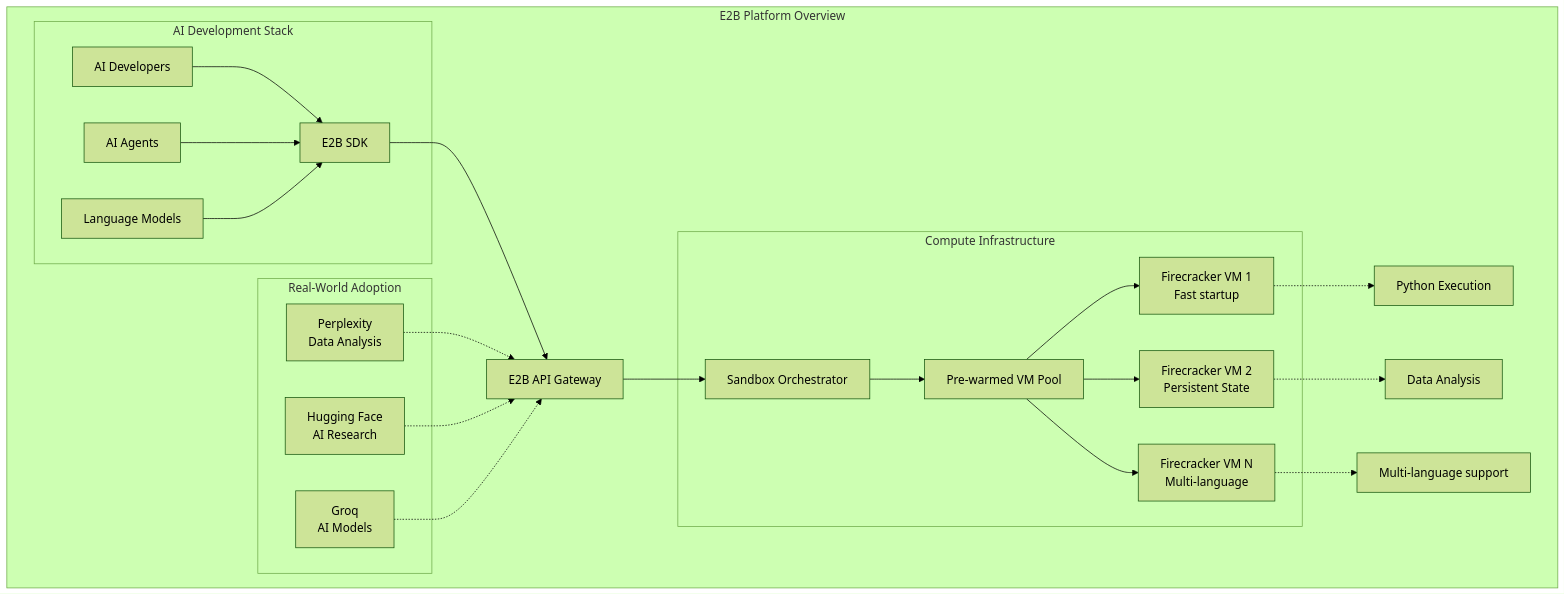
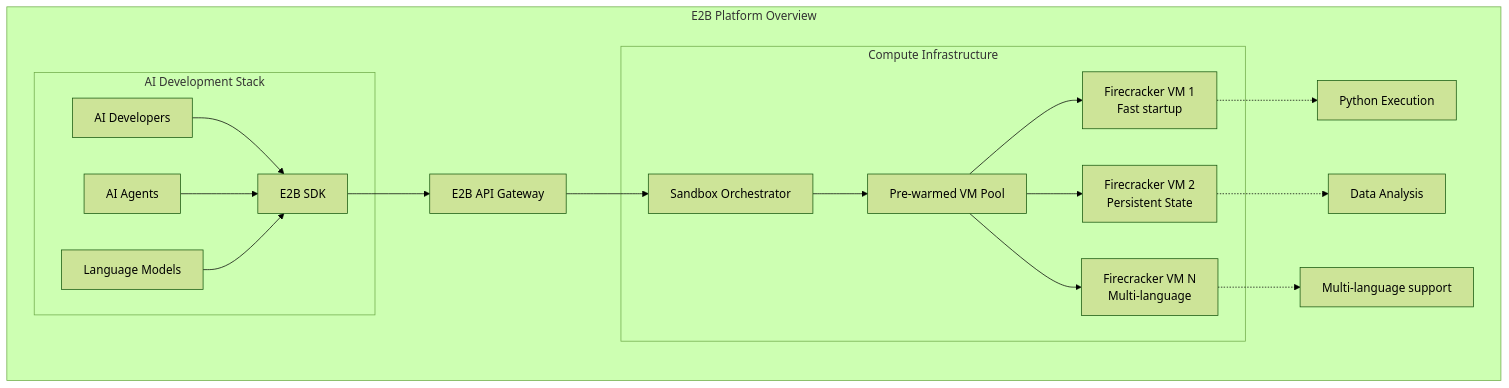
The first of 8 diagrams in breakdown/e2b.md (dwarvesf/research), drawn with Mermaid (forest theme) before and after one commit. The commit also changed other lines of this file and 2 other files, not shown here.

````diff
--- a/breakdown/e2b.md
+++ b/breakdown/e2b.md
@@ -34,34 +36,24 @@
 ```mermaid
 graph TB
     subgraph "E2B Platform Overview"
         subgraph "AI Development Stack"
             Dev[AI Developers] --> SDK[E2B SDK]
             Agent[AI Agents] --> SDK
             LLM[Language Models] --> SDK
         end
 
         SDK --> API[E2B API Gateway]
         API --> Orchestrator[Sandbox Orchestrator]
 
         subgraph "Compute Infrastructure"
             Orchestrator --> Pool[Pre-warmed VM Pool]
             Pool --> VM1[Firecracker VM 1<br/>Fast startup]
             Pool --> VM2[Firecracker VM 2<br/>Persistent State]
             Pool --> VM3[Firecracker VM N<br/>Multi-language]
         end
 
-        subgraph "Real-World Adoption"
-            Perplexity[Perplexity<br/>Data Analysis]
-            HuggingFace[Hugging Face<br/>AI Research]
-            Groq[Groq<br/>AI Models]
-        end
-
         VM1 -.-> Code1[Python Execution]
         VM2 -.-> Code2[Data Analysis]
         VM3 -.-> Code3[Multi-language support]
     end
-
-    Perplexity -.-> API
-    HuggingFace -.-> API
-    Groq -.-> API
 ```
````
